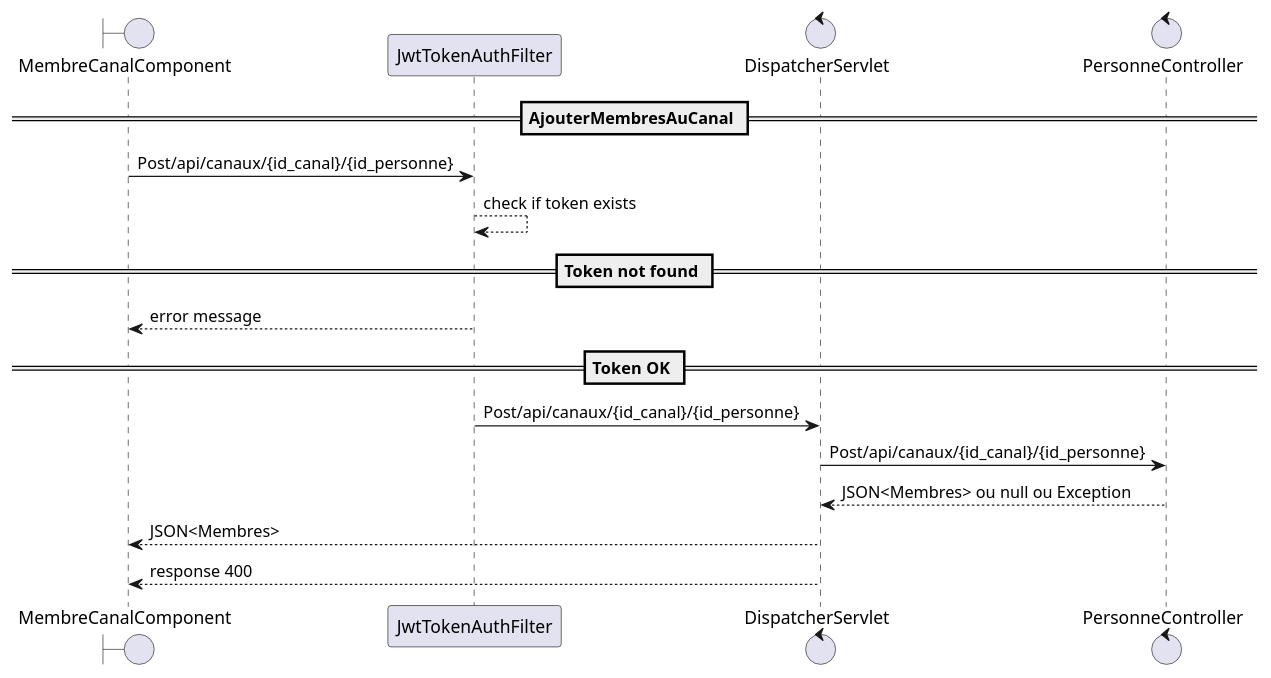
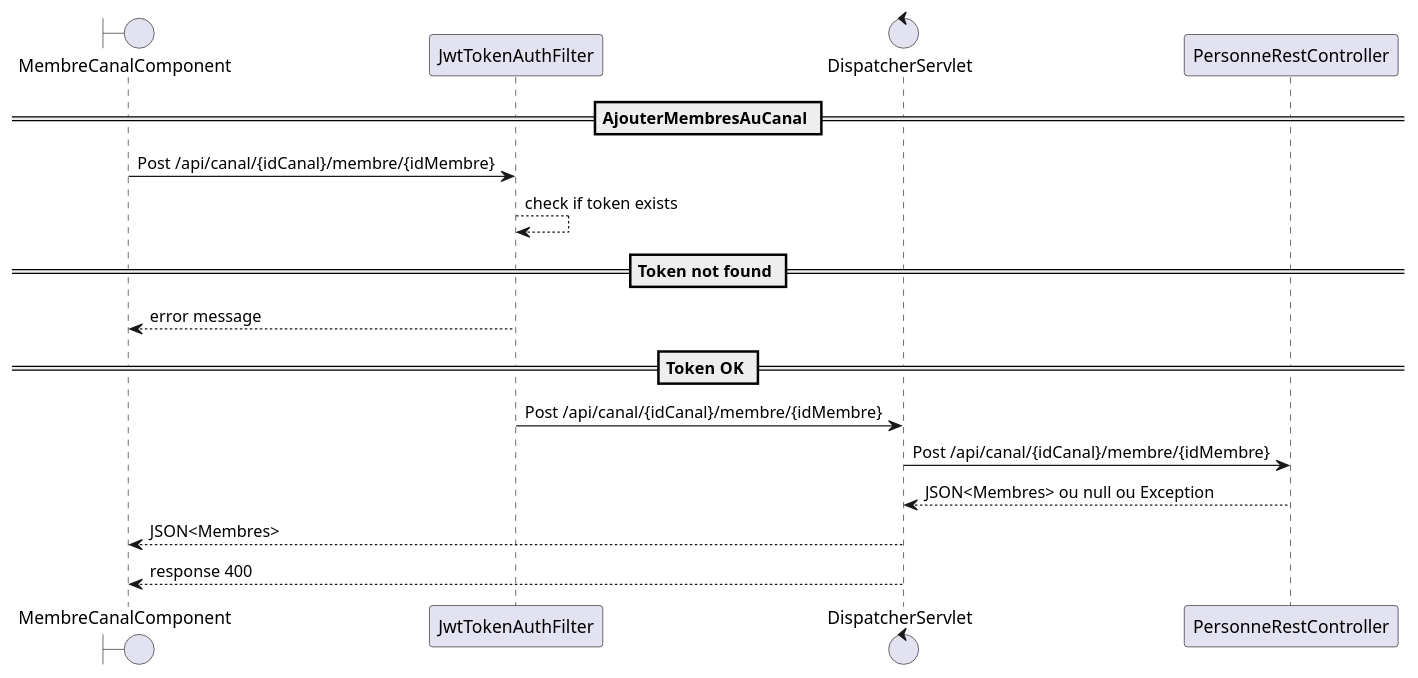
Before and after one commit to soupramanien/cdaMassy2021ReactJS: the diagram in public/diagramme-de-sequence/AjouterMembreAuCanal.puml, drawn with PlantUML. The commit also changed 3 other files, not shown here.

Commit message:
Merge branch 'huawei' ->Update diagrames de sequence

```diff
--- a/public/diagramme-de-sequence/AjouterMembreAuCanal.puml
+++ b/public/diagramme-de-sequence/AjouterMembreAuCanal.puml
@@ -2,20 +2,18 @@
 @startuml
 == AjouterMembresAuCanal ==
 
 boundary MembreCanalComponent
 participant JwtTokenAuthFilter
 control DispatcherServlet 
-control PersonneController 
 
-
-MembreCanalComponent -> JwtTokenAuthFilter : Post/api/canaux/{id_canal}/{id_personne}
+MembreCanalComponent -> JwtTokenAuthFilter : Post /api/canal/{idCanal}/membre/{idMembre}
 JwtTokenAuthFilter --> JwtTokenAuthFilter : check if token exists
 ==Token not found ==
 JwtTokenAuthFilter --> MembreCanalComponent : error message 
 ==Token OK ==
-JwtTokenAuthFilter -> DispatcherServlet : Post/api/canaux/{id_canal}/{id_personne}
-DispatcherServlet -> PersonneController : Post/api/canaux/{id_canal}/{id_personne}
-PersonneController --> DispatcherServlet : JSON<Membres> ou null ou Exception
+JwtTokenAuthFilter -> DispatcherServlet : Post /api/canal/{idCanal}/membre/{idMembre}
+DispatcherServlet -> PersonneRestController : Post /api/canal/{idCanal}/membre/{idMembre}
+PersonneRestController --> DispatcherServlet : JSON<Membres> ou null ou Exception
 DispatcherServlet --> MembreCanalComponent : JSON<Membres>
 DispatcherServlet --> MembreCanalComponent : response 400
 @enduml
```
